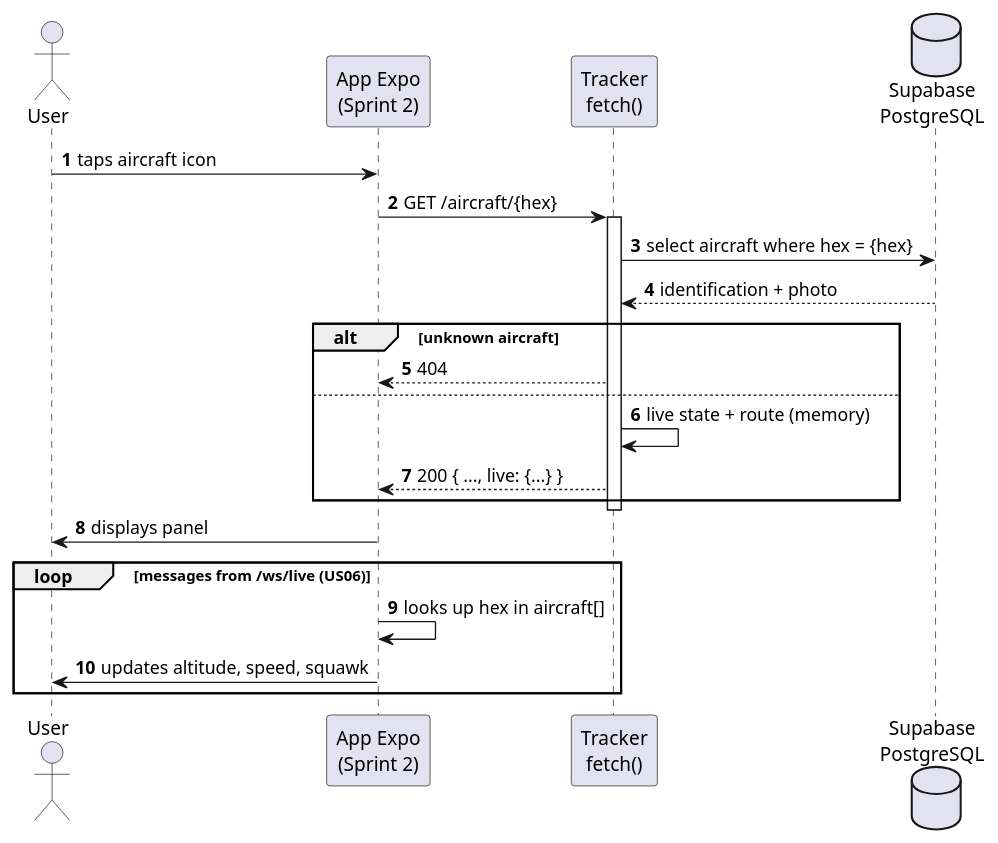
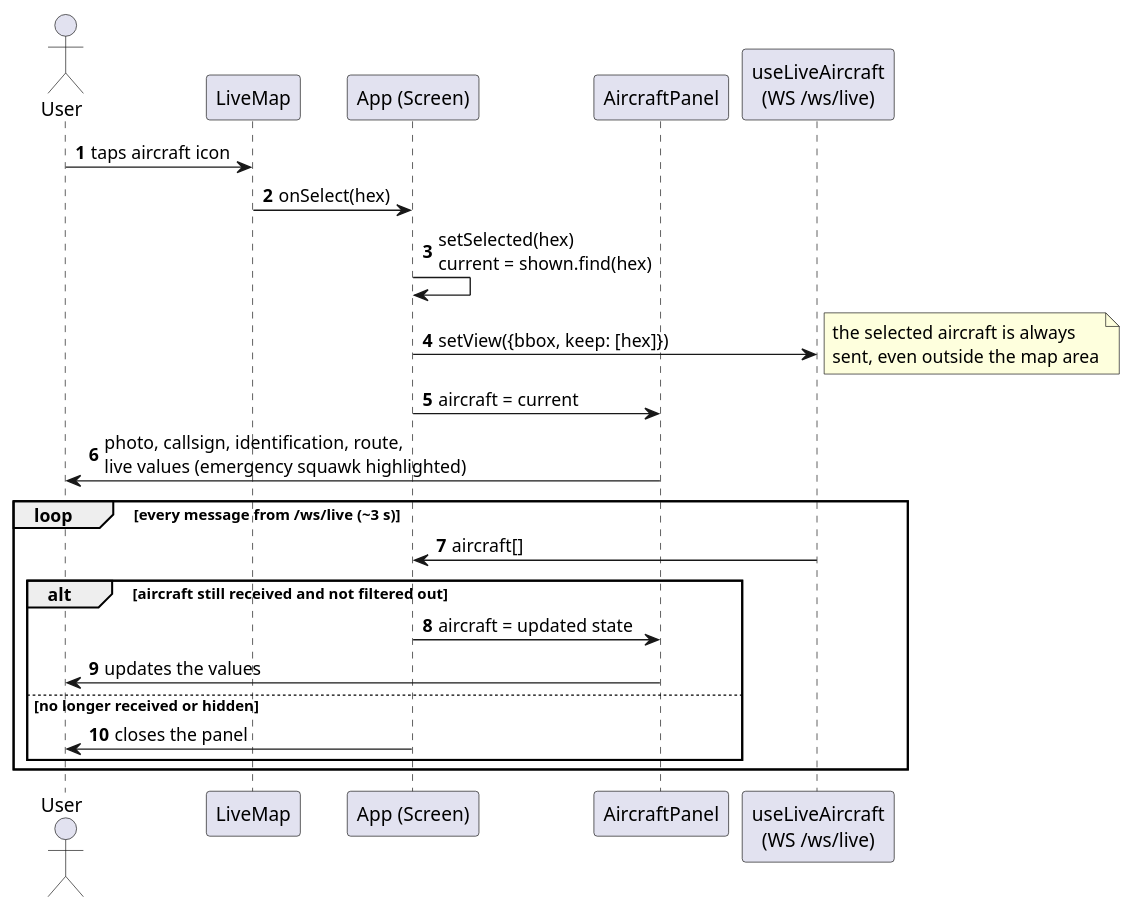
Before and after one commit to miguelsiilva1/SkyTracer: the diagram in docs/system-documentation/use-cases/US07/puml/sd_us07.puml, drawn with PlantUML. The commit also changed 22 other files, not shown here.

First line of the commit message:
docs: close the Sprint 1 stories and add the deployment diagram

```diff
--- a/docs/system-documentation/use-cases/US07/puml/sd_us07.puml
+++ b/docs/system-documentation/use-cases/US07/puml/sd_us07.puml
@@ -1,25 +1,26 @@
 @startuml
 autonumber
 actor "User" as U
-participant "App Expo\n(Sprint 2)" as App
-participant "Tracker\nfetch()" as API
-database "Supabase\nPostgreSQL" as DB
+participant "LiveMap" as M
+participant "App (Screen)" as App
+participant "AircraftPanel" as P
+participant "useLiveAircraft\n(WS /ws/live)" as WS
 
-U -> App : taps aircraft icon
-App -> API : GET /aircraft/{hex}
-activate API
-API -> DB : select aircraft where hex = {hex}
-DB --> API : identification + photo
-alt unknown aircraft
-  API --> App : 404
-else
-  API -> API : live state + route (memory)
-  API --> App : 200 { ..., live: {...} }
-end
-deactivate API
-App -> U : displays panel
-loop messages from /ws/live (US06)
-  App -> App : looks up hex in aircraft[]
-  App -> U : updates altitude, speed, squawk
+U -> M : taps aircraft icon
+M -> App : onSelect(hex)
+App -> App : setSelected(hex)\ncurrent = shown.find(hex)
+App -> WS : setView({bbox, keep: [hex]})
+note right: the selected aircraft is always\nsent, even outside the map area
+App -> P : aircraft = current
+P -> U : photo, callsign, identification, route,\nlive values (emergency squawk highlighted)
+
+loop every message from /ws/live (~3 s)
+  WS -> App : aircraft[]
+  alt aircraft still received and not filtered out
+    App -> P : aircraft = updated state
+    P -> U : updates the values
+  else no longer received or hidden
+    App -> U : closes the panel
+  end
 end
 @enduml
```
